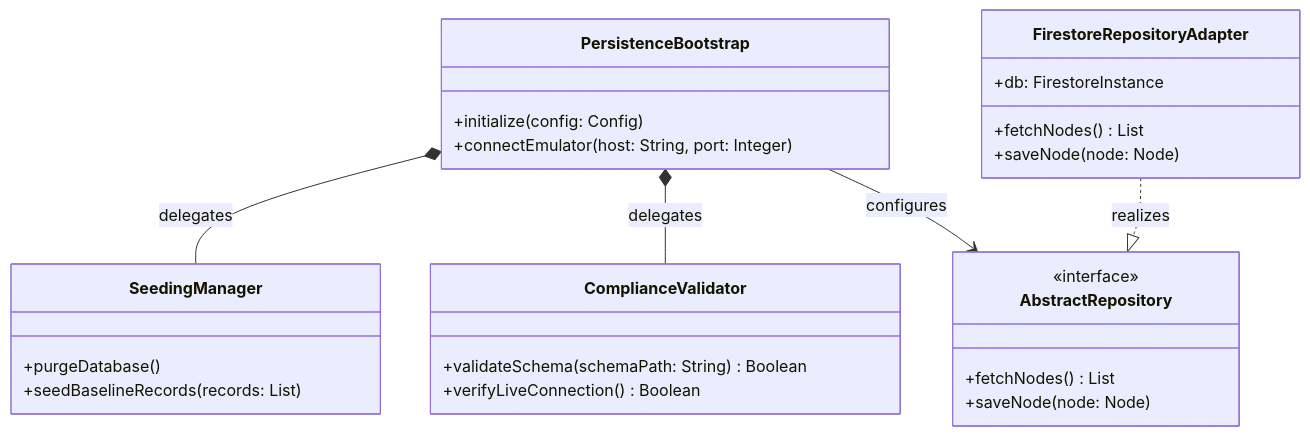
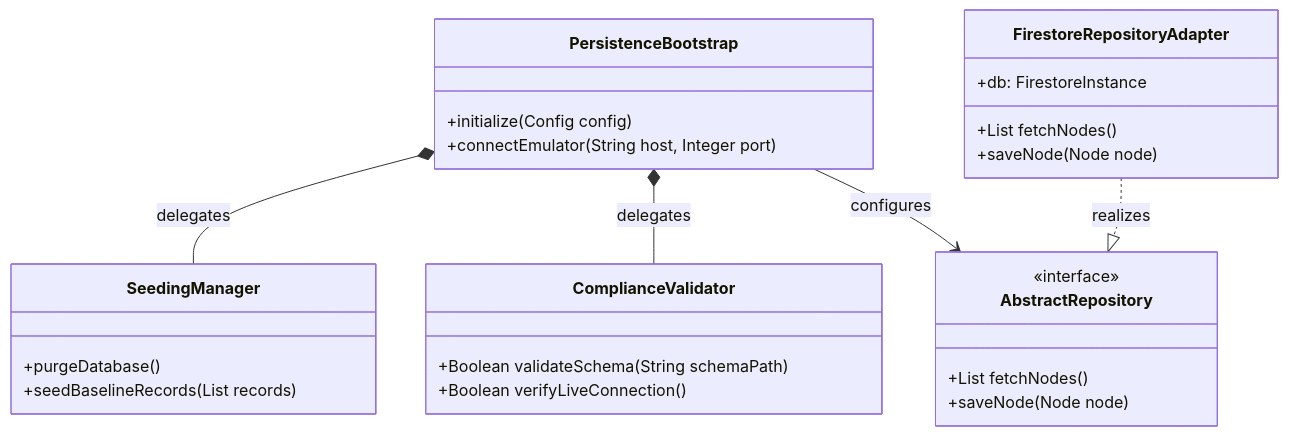
Before and after one commit to gintatkinson/digital-pipeline-repo: the diagram in docs/features/feat-44-downstream-baseline.md, drawn with Mermaid. The commit also changed 16 other files, not shown here.

Commit message:
feat: implement fix_mermaid_colons.py and repair existing Mermaid class diagrams

````diff
--- a/docs/features/feat-44-downstream-baseline.md
+++ b/docs/features/feat-44-downstream-baseline.md
@@ -13,30 +13,30 @@
 ```mermaid
 classDiagram
     class PersistenceBootstrap {
-        +initialize(config: Config)
-        +connectEmulator(host: String, port: Integer)
+        +initialize(Config config)
+        +connectEmulator(String host, Integer port)
     }
     class AbstractRepository {
         <<interface>>
-        +fetchNodes() List
-        +saveNode(node: Node)
+        +List fetchNodes()
+        +saveNode(Node node)
     }
     class FirestoreRepositoryAdapter {
         +db: FirestoreInstance
-        +fetchNodes() List
-        +saveNode(node: Node)
+        +List fetchNodes()
+        +saveNode(Node node)
     }
     class SeedingManager {
         +purgeDatabase()
-        +seedBaselineRecords(records: List)
+        +seedBaselineRecords(List records)
     }
     class ComplianceValidator {
-        +validateSchema(schemaPath: String) Boolean
-        +verifyLiveConnection() Boolean
+        +Boolean validateSchema(String schemaPath)
+        +Boolean verifyLiveConnection()
     }
 
     FirestoreRepositoryAdapter ..|> AbstractRepository : realizes
     PersistenceBootstrap *-- SeedingManager : delegates
     PersistenceBootstrap *-- ComplianceValidator : delegates
     PersistenceBootstrap --> AbstractRepository : configures
 ```
````
